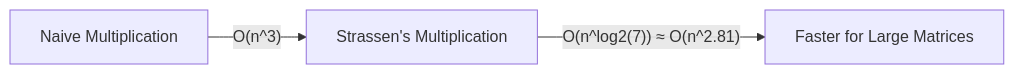
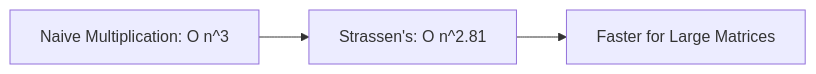
Before and after one commit to djmahe4/ktu-mindmaps: the sixth of 18 diagrams in s6/aad/ie2.md, drawn with Mermaid. The commit also changed other lines of this file, not shown here.

Commit message:
Updated analysis content for algorithm design strategies and associated diagrams.

````diff
--- a/s6/aad/ie2.md
+++ b/s6/aad/ie2.md
@@ -79,5 +119,5 @@
 ```mermaid
 graph LR
-    A[Naive Multiplication] -- O(n^3) --> B[Strassen's Multiplication];
-    B -- O(n^log2(7)) ≈ O(n^2.81) --> C[Faster for Large Matrices];
+    A[Naive Multiplication: O n^3] --> B[Strassen's: O n^2.81]
+    B --> C[Faster for Large Matrices]
 ```
````
